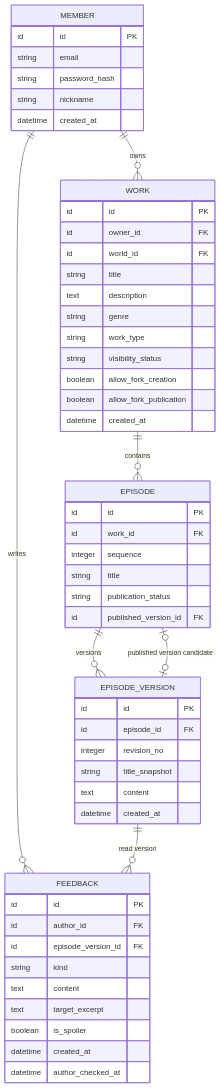
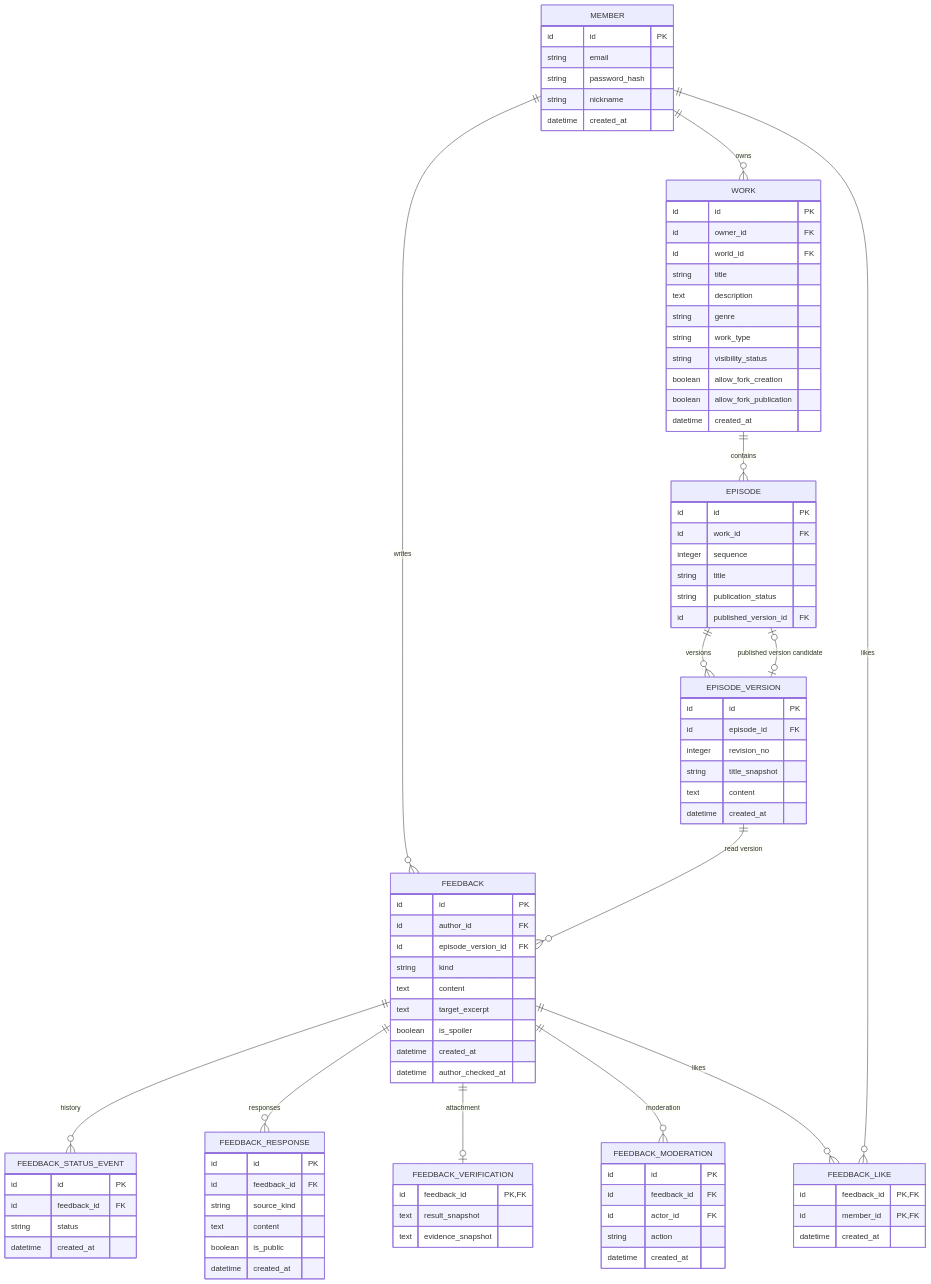
Before and after one commit to SKNETWORKS-FAMILY-AICAMP/SKN34-FINAL-4TEAM: the diagram in docs/design/erd/core/feedback.md, drawn with Mermaid. The commit also changed other lines of this file and 6 other files, not shown here.

Commit message:
docs: UC-14 피드백 정책과 ERD 정리

````diff
--- a/docs/design/erd/core/feedback.md
+++ b/docs/design/erd/core/feedback.md
@@ -14,6 +14,12 @@
     EPISODE_VERSION o|--o| EPISODE : "published version candidate"
     MEMBER ||--o{ FEEDBACK : writes
     EPISODE_VERSION ||--o{ FEEDBACK : "read version"
+    FEEDBACK ||--o{ FEEDBACK_STATUS_EVENT : history
+    FEEDBACK ||--o{ FEEDBACK_RESPONSE : responses
+    FEEDBACK ||--o| FEEDBACK_VERIFICATION : attachment
+    FEEDBACK ||--o{ FEEDBACK_MODERATION : moderation
+    FEEDBACK ||--o{ FEEDBACK_LIKE : likes
+    MEMBER ||--o{ FEEDBACK_LIKE : likes
 
     MEMBER {
         id id PK
@@ -62,4 +68,35 @@
         datetime created_at
         datetime author_checked_at
     }
+    FEEDBACK_STATUS_EVENT {
+        id id PK
+        id feedback_id FK
+        string status
+        datetime created_at
+    }
+    FEEDBACK_RESPONSE {
+        id id PK
+        id feedback_id FK
+        string source_kind
+        text content
+        boolean is_public
+        datetime created_at
+    }
+    FEEDBACK_VERIFICATION {
+        id feedback_id PK,FK
+        text result_snapshot
+        text evidence_snapshot
+    }
+    FEEDBACK_MODERATION {
+        id id PK
+        id feedback_id FK
+        id actor_id FK
+        string action
+        datetime created_at
+    }
+    FEEDBACK_LIKE {
+        id feedback_id PK,FK
+        id member_id PK,FK
+        datetime created_at
+    }
 ```
````
